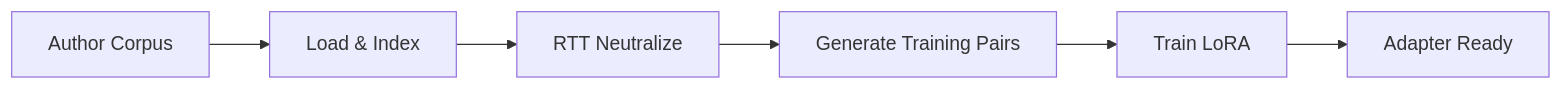
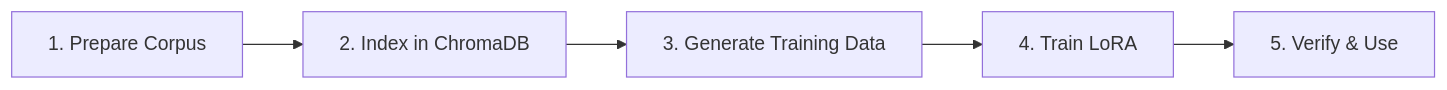
The first of 2 diagrams in README.md (yogthos/revenant), drawn with Mermaid before and after one commit. The commit also changed other lines of this file and 6 other files, not shown here.

Commit message:
improve training data generation

````diff
--- a/README.md
+++ b/README.md
@@ -181,8 +54,7 @@
 ```mermaid
 flowchart LR
-    A[Author Corpus] --> B[Load & Index]
-    B --> C[RTT Neutralize]
-    C --> D[Generate Training Pairs]
-    D --> E[Train LoRA]
-    E --> F[Adapter Ready]
+    A[1. Prepare Corpus] --> B[2. Index in ChromaDB]
+    B --> C[3. Generate Training Data]
+    C --> D[4. Train LoRA]
+    D --> E[5. Verify & Use]
 ```
````
